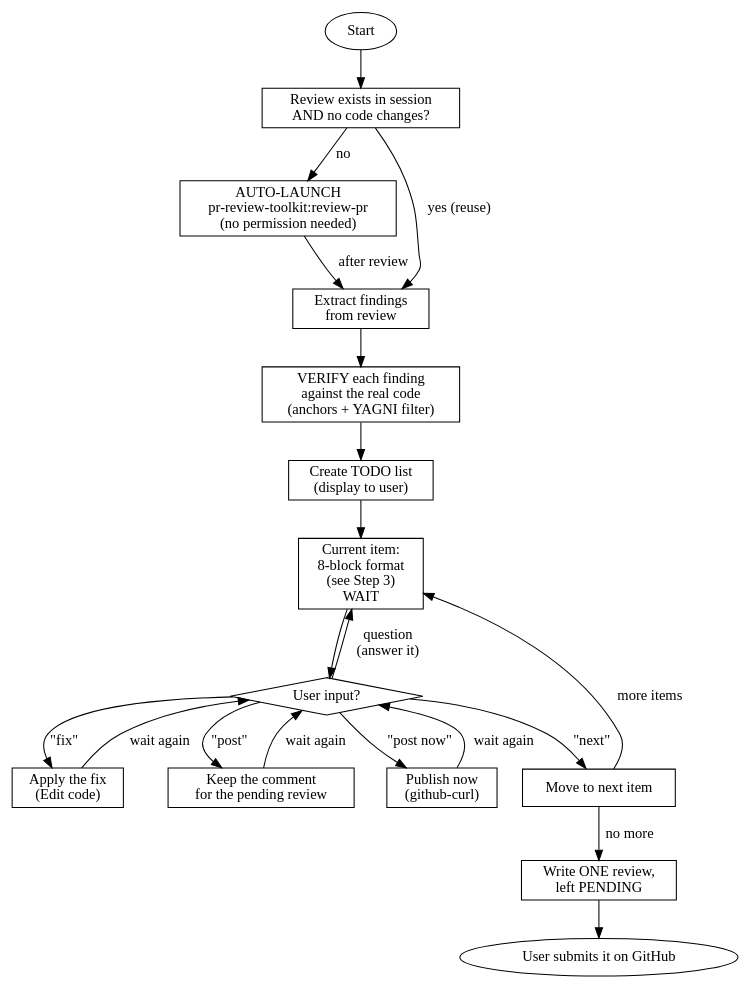
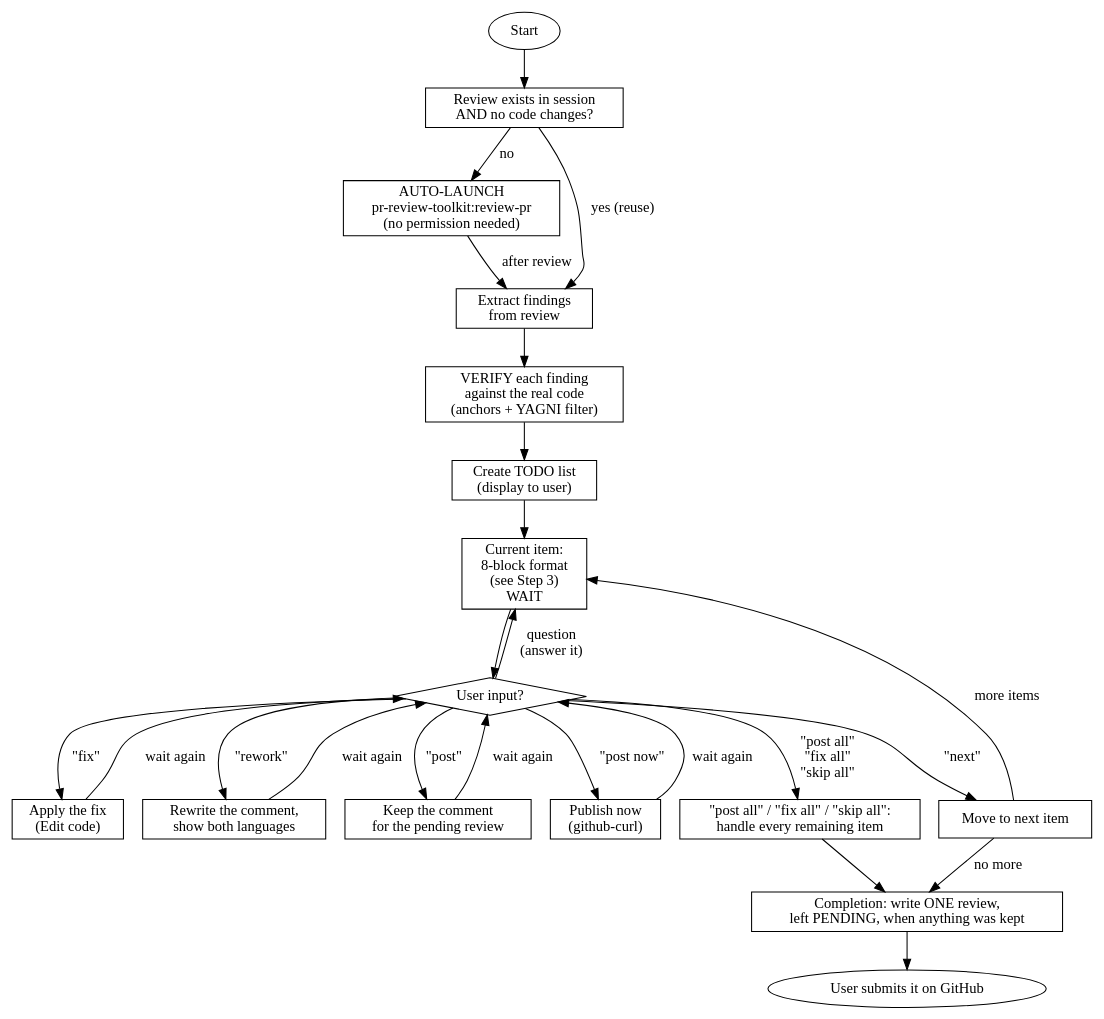
The diagram in skills/start-review/SKILL.md (LounisBou/claude-review), drawn with Graphviz before and after one commit. The commit also changed other lines of this file, not shown here.

````diff
--- a/skills/start-review/SKILL.md
+++ b/skills/start-review/SKILL.md
@@ -66,41 +66,47 @@
 ```dot
 digraph start_review {
     rankdir=TB;
     node [shape=box];
 
     start [label="Start" shape=ellipse];
     check_review [label="Review exists in session\nAND no code changes?"];
     auto_launch [label="AUTO-LAUNCH\npr-review-toolkit:review-pr\n(no permission needed)"];
     extract [label="Extract findings\nfrom review"];
     verify [label="VERIFY each finding\nagainst the real code\n(anchors + YAGNI filter)"];
     create_todo [label="Create TODO list\n(display to user)"];
     current [label="Current item:\n8-block format\n(see Step 3)\nWAIT"];
     user_input [label="User input?" shape=diamond];
     apply_fix [label="Apply the fix\n(Edit code)"];
+    rework [label="Rewrite the comment,\nshow both languages"];
     post [label="Keep the comment\nfor the pending review"];
     post_now [label="Publish now\n(github-curl)"];
+    batch [label="\"post all\" / \"fix all\" / \"skip all\":\nhandle every remaining item"];
     next_item [label="Move to next item"];
-    write_review [label="Write ONE review,\nleft PENDING"];
+    completion [label="Completion: write ONE review,\nleft PENDING, when anything was kept"];
     done [label="User submits it on GitHub" shape=ellipse];
 
     start -> check_review;
     check_review -> extract [label="yes (reuse)"];
     check_review -> auto_launch [label="no"];
     auto_launch -> extract [label="after review"];
     extract -> verify;
     verify -> create_todo;
     create_todo -> current;
     current -> user_input;
     user_input -> apply_fix [label="\"fix\""];
     user_input -> post [label="\"post\""];
     user_input -> post_now [label="\"post now\""];
+    user_input -> rework [label="\"rework\""];
+    user_input -> batch [label="\"post all\"\n\"fix all\"\n\"skip all\""];
     user_input -> next_item [label="\"next\""];
     user_input -> current [label="question\n(answer it)"];
     apply_fix -> user_input [label="wait again"];
     post -> user_input [label="wait again"];
     post_now -> user_input [label="wait again"];
+    rework -> user_input [label="wait again"];
+    batch -> completion;
     next_item -> current [label="more items"];
-    next_item -> write_review [label="no more"];
-    write_review -> done;
+    next_item -> completion [label="no more"];
+    completion -> done;
 }
 ```
````
